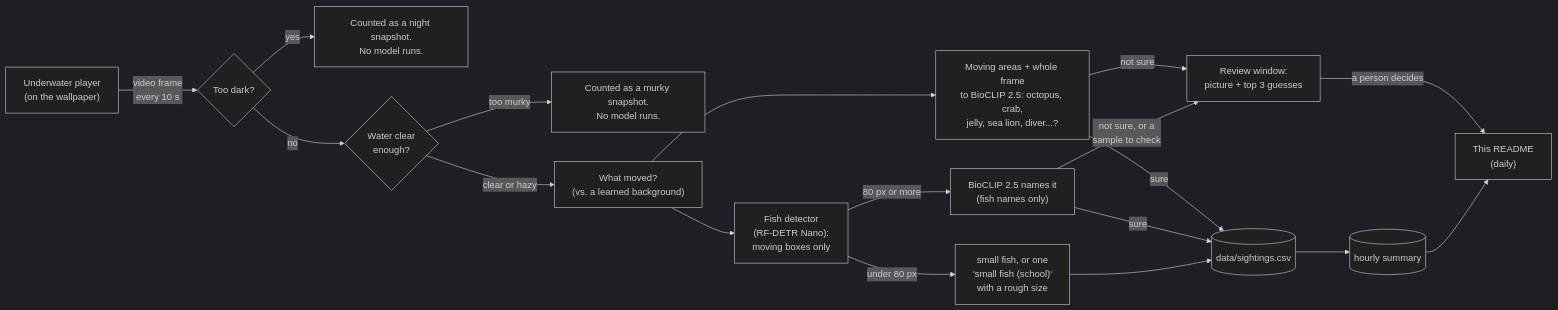
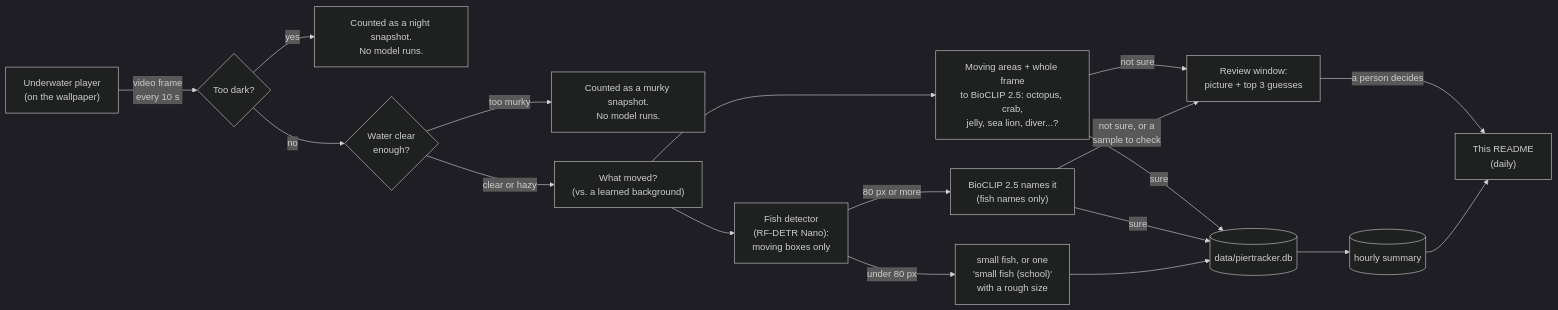
The third of 3 diagrams in README.md (joshuafrommeyer-35/PierTracker), drawn with Mermaid (dark theme) before and after one commit. The commit also changed other lines of this file and 9 other files, not shown here.

````diff
--- a/README.md
+++ b/README.md
@@ -134,19 +134,19 @@
 ```mermaid
 flowchart LR
     A["Underwater player<br/>(on the wallpaper)"] -->|"video frame<br/>every 10 s"| B{"Too dark?"}
     B -->|yes| N["Counted as a night snapshot.<br/>No model runs."]
     B -->|no| V{"Water clear<br/>enough?"}
     V -->|"too murky"| N2["Counted as a murky snapshot.<br/>No model runs."]
     V -->|"clear or hazy"| M["What moved?<br/>(vs. a learned background)"]
     M --> D["Fish detector<br/>(RF-DETR Nano):<br/>moving boxes only"]
     M --> C["Moving areas + whole frame<br/>to BioCLIP 2.5: octopus, crab,<br/>jelly, sea lion, diver...?"]
     D -->|"under 80 px"| U["small fish, or one<br/>'small fish (school)'<br/>with a rough size"]
     D -->|"80 px or more"| F["BioCLIP 2.5 names it<br/>(fish names only)"]
-    C -->|sure| G[("data/sightings.csv")]
+    C -->|sure| G[("data/piertracker.db")]
     F -->|sure| G
     U --> G
     C -->|not sure| R["Review window:<br/>picture + top 3 guesses"]
     F -->|"not sure, or a<br/>sample to check"| R
     R -->|"a person decides"| I
     G --> H[("hourly summary")] --> I["This README<br/>(daily)"]
 ```
````
